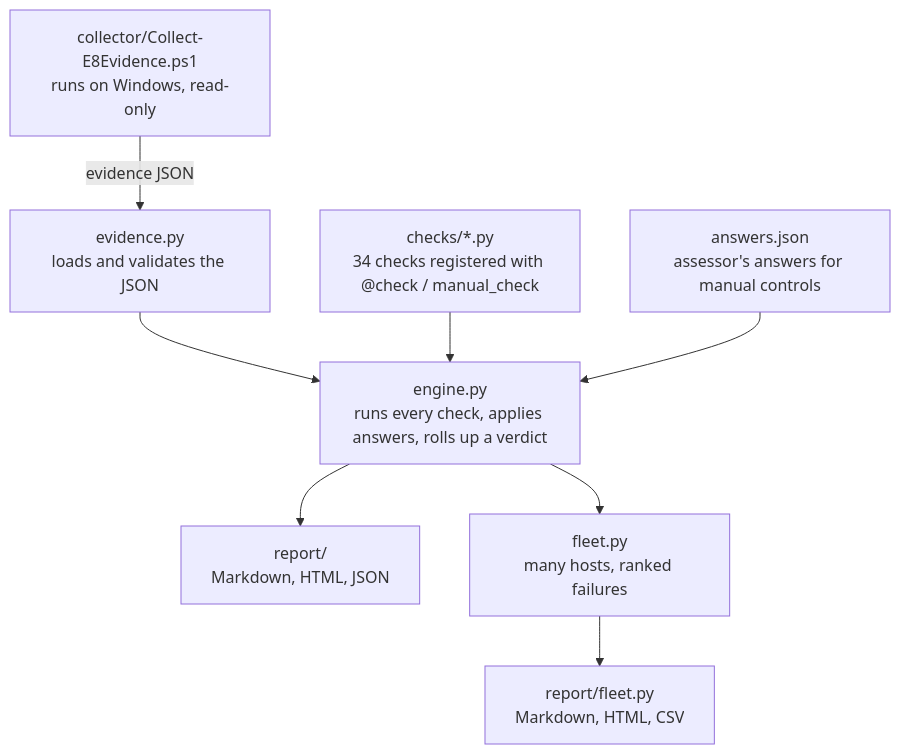
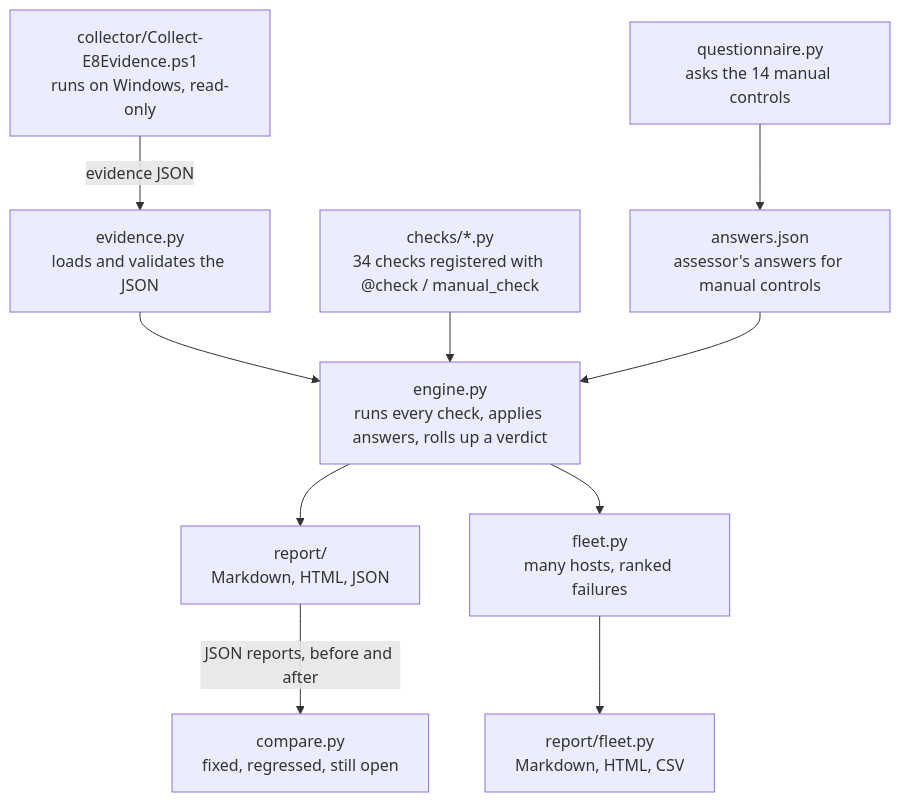
One commit to hrk18/e8-checker changed the diagram in docs/how-it-works.md. Above: the diagram before and after it, drawn with Mermaid. The commit also changed other lines of this file and 1 other file, not shown here.

First line of the commit message:
Document compare and questionnaire

````diff
--- a/docs/how-it-works.md
+++ b/docs/how-it-works.md
@@ -18,10 +18,12 @@
 ```mermaid
 flowchart TD
     PS["collector/Collect-E8Evidence.ps1<br/>runs on Windows, read-only"] -->|evidence JSON| EV["evidence.py<br/>loads and validates the JSON"]
     EV --> ENG["engine.py<br/>runs every check, applies answers, rolls up a verdict"]
     REG["checks/*.py<br/>34 checks registered with @check / manual_check"] --> ENG
     ANS["answers.json<br/>assessor's answers for manual controls"] --> ENG
     ENG --> REP["report/<br/>Markdown, HTML, JSON"]
     ENG --> FLEET["fleet.py<br/>many hosts, ranked failures"]
     FLEET --> FREP["report/fleet.py<br/>Markdown, HTML, CSV"]
+    Q["questionnaire.py<br/>asks the 14 manual controls"] --> ANS
+    REP -->|JSON reports, before and after| CMP["compare.py<br/>fixed, regressed, still open"]
 ```
````
